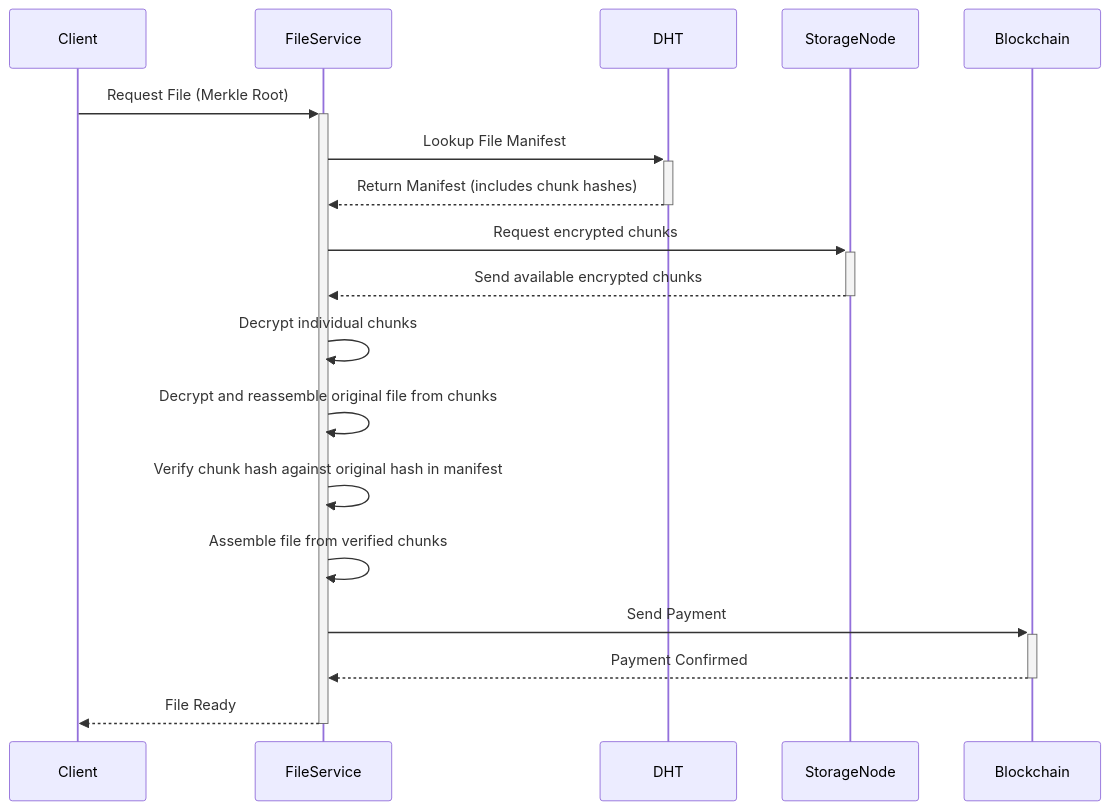
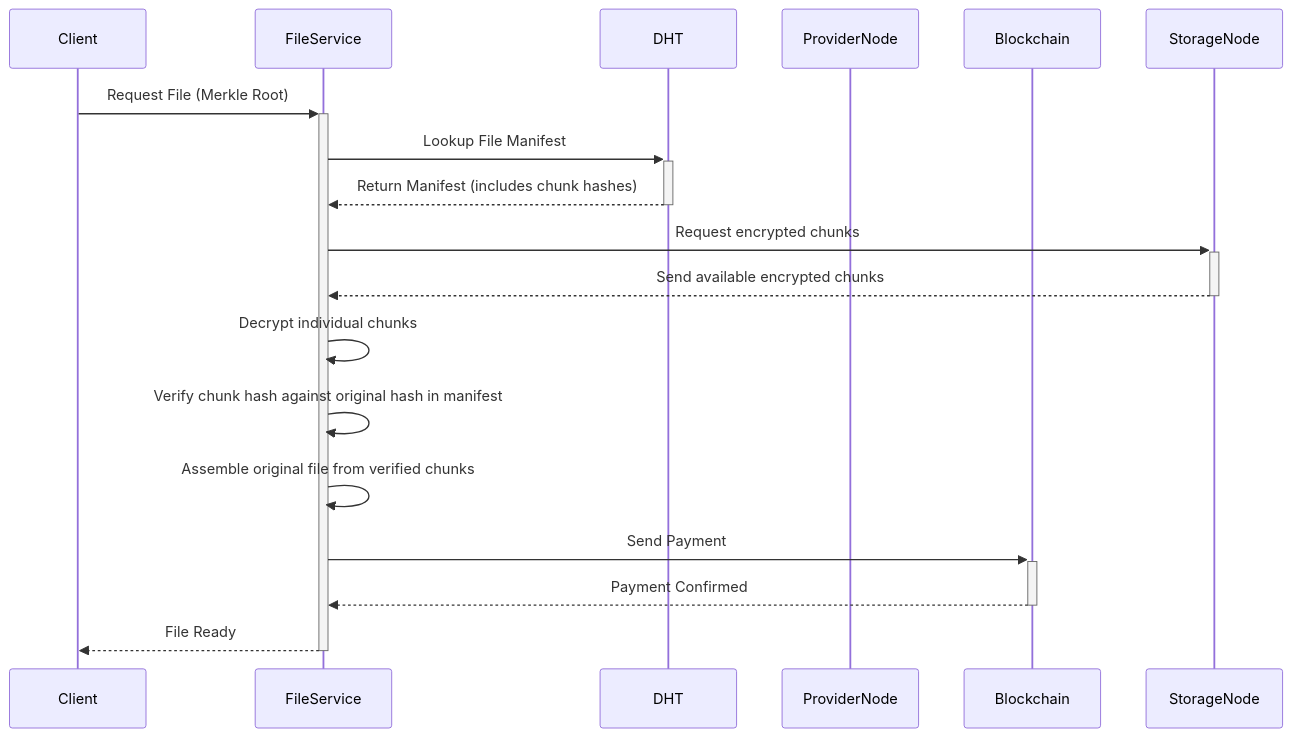
The second of 2 diagrams in docs/02-architecture.md (walrus-chanul-dandeniya/chiral-network), drawn with Mermaid before and after one commit.

Commit message:
docs: doc02 updates on download data flow diagram

````diff
--- a/docs/02-architecture.md
+++ b/docs/02-architecture.md
@@ -281,21 +281,20 @@
 ```mermaid
 sequenceDiagram
     participant Client
     participant FileService
     participant DHT
-    participant StorageNode
+    participant ProviderNode
     participant Blockchain
 
     Client->>+FileService: Request File (Merkle Root)
     FileService->>+DHT: Lookup File Manifest
     DHT-->>-FileService: Return Manifest (includes chunk hashes)
     FileService->>+StorageNode: Request encrypted chunks
     StorageNode-->>-FileService: Send available encrypted chunks
     FileService->>FileService: Decrypt individual chunks
-    FileService->>FileService: Decrypt and reassemble original file from chunks
     FileService->>FileService: Verify chunk hash against original hash in manifest
-    FileService->>FileService: Assemble file from verified chunks
+    FileService->>FileService: Assemble original file from verified chunks
     FileService->>+Blockchain: Send Payment
     Blockchain-->>-FileService: Payment Confirmed
     FileService-->>-Client: File Ready
 ```
````
